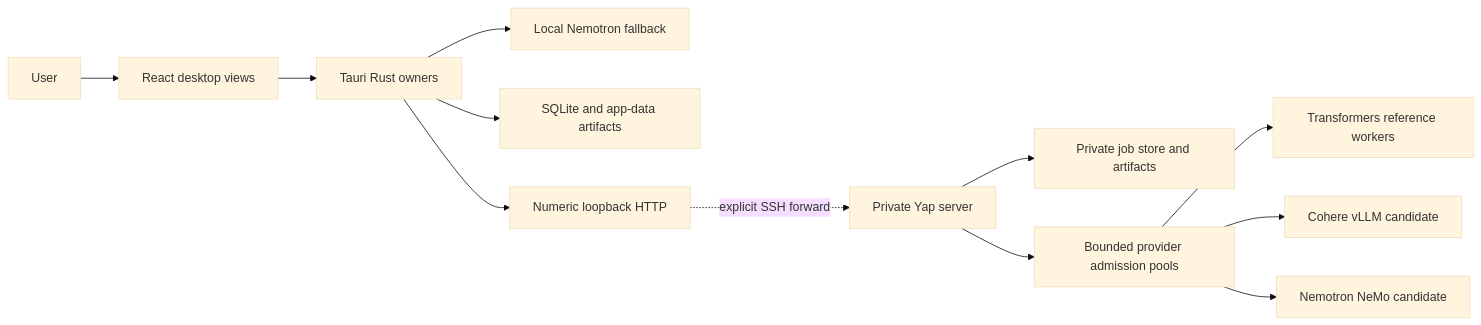
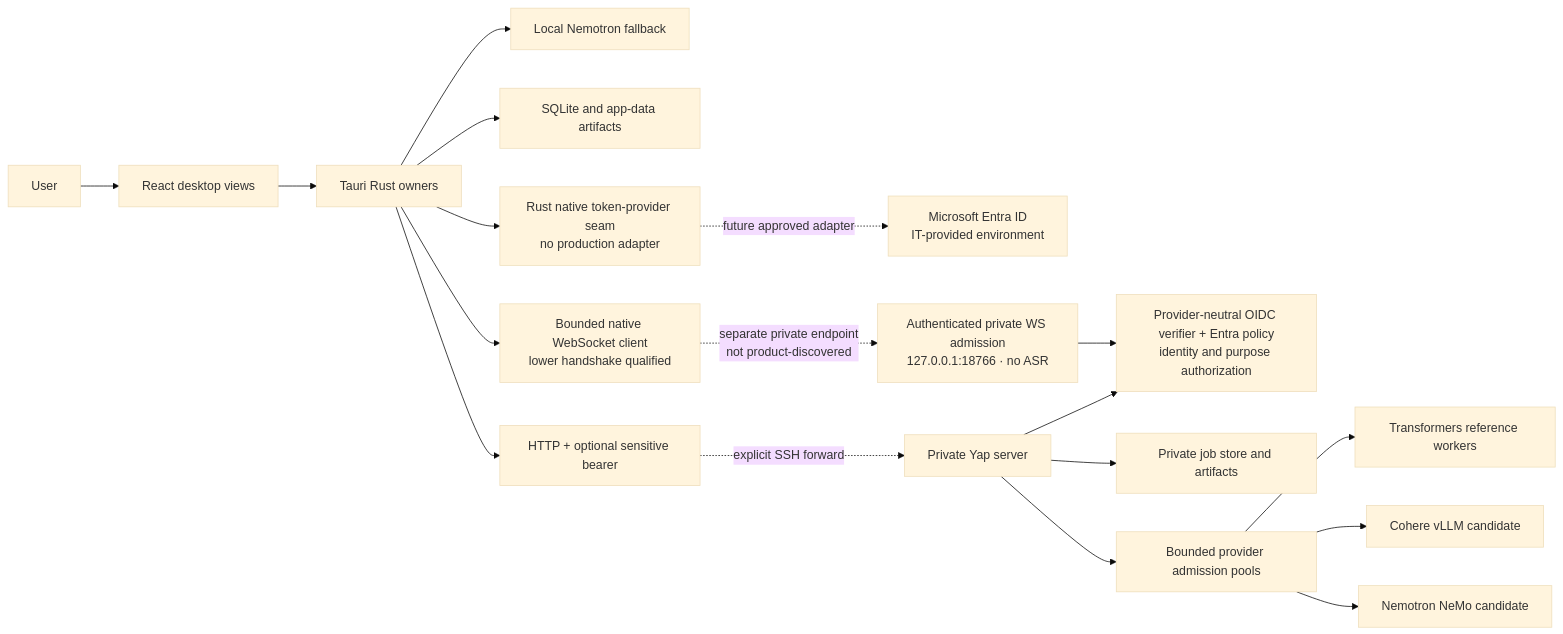
One commit to ZoOtMcNoOt/yap changed the diagram in docs/architecture/CURRENT-ARCHITECTURE.md. Above: the diagram before and after it, drawn with Mermaid (base theme). The commit also changed other lines of this file and 271 other files, not shown here.

First line of the commit message:
Phase 7: enforce tenant-scoped identity and authenticated admission (#69)

````diff
--- a/docs/architecture/CURRENT-ARCHITECTURE.md
+++ b/docs/architecture/CURRENT-ARCHITECTURE.md
@@ -28,14 +99,20 @@
 ```mermaid
 flowchart LR
   User["User"] --> UI["React desktop views"]
   UI --> Native["Tauri Rust owners"]
   Native --> Local["Local Nemotron fallback"]
   Native --> DB["SQLite and app-data artifacts"]
-  Native --> Loopback["Numeric loopback HTTP"]
+  Native --> Identity["Rust native token-provider seam\nno production adapter"]
+  Identity -. "future approved adapter" .-> Entra["Microsoft Entra ID\nIT-provided environment"]
+  Native --> Loopback["HTTP + optional sensitive bearer"]
   Loopback -. "explicit SSH forward" .-> Server["Private Yap server"]
+  Native --> LiveClient["Bounded native WebSocket client\nlower handshake qualified"]
+  LiveClient -. "separate private endpoint\nnot product-discovered" .-> Live["Authenticated private WS admission\n127.0.0.1:18766 · no ASR"]
+  Server --> Auth["Provider-neutral OIDC verifier + Entra policy\nidentity and purpose authorization"]
+  Live --> Auth
   Server --> Store["Private job store and artifacts"]
   Server --> Pool["Bounded provider admission pools"]
   Pool --> Reference["Transformers reference workers"]
   Pool --> Cohere["Cohere vLLM candidate"]
   Pool --> NeMo["Nemotron NeMo candidate"]
 ```
````
